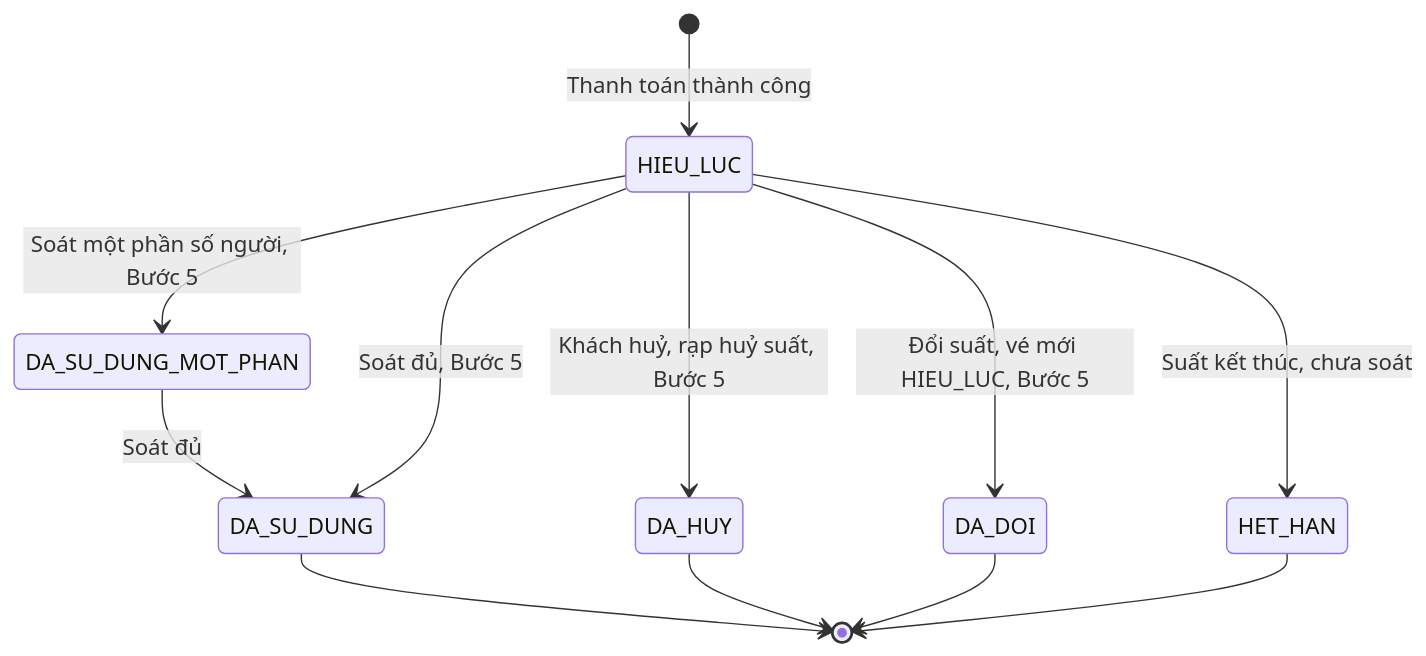
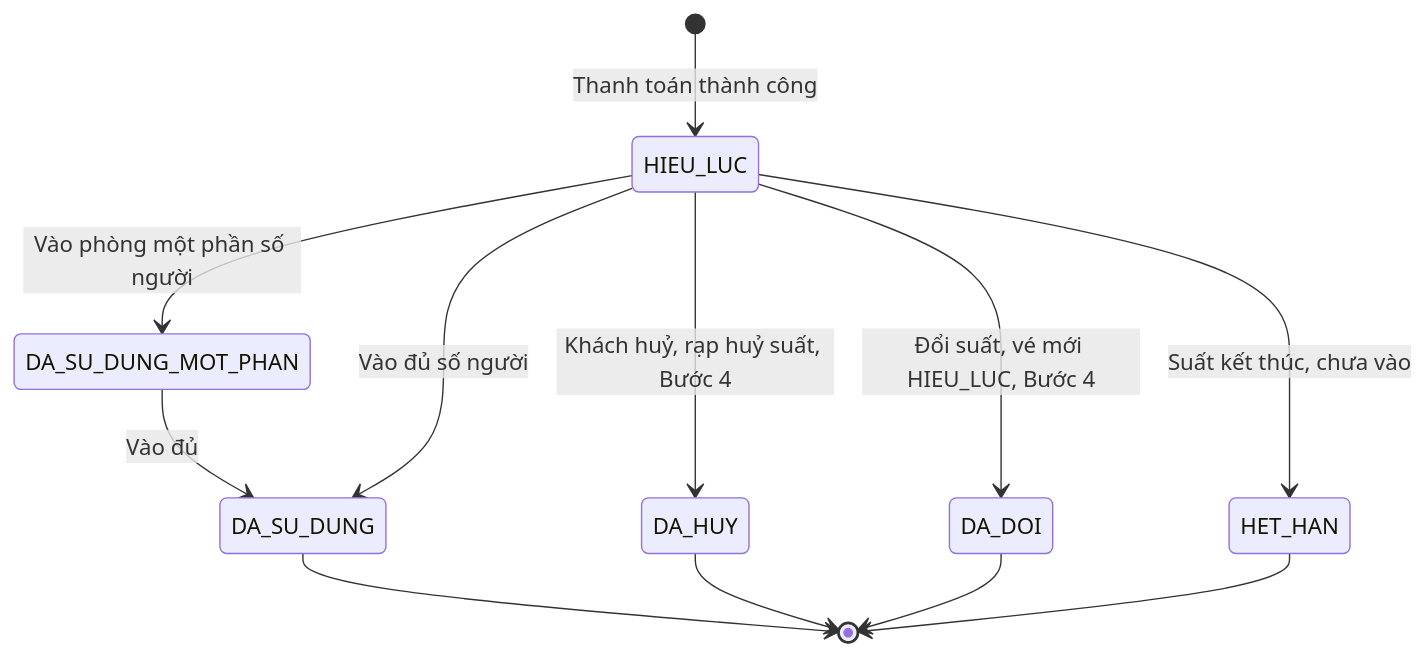
Before and after one commit to uxfoundation-vn/de08-dat-ve-xem-phim: the fifth of 15 diagrams in docs/SRS.md, drawn with Mermaid. The commit also changed other lines of this file and 2 other files, not shown here.

First line of the commit message:
Đề 8: chỉ giữ luồng của khách

````diff
--- a/docs/SRS.md
+++ b/docs/SRS.md
@@ -228,14 +176,14 @@
 ```mermaid
 stateDiagram-v2
   [*] --> HIEU_LUC : Thanh toán thành công
-  HIEU_LUC --> DA_SU_DUNG_MOT_PHAN : Soát một phần số người, Bước 5
-  DA_SU_DUNG_MOT_PHAN --> DA_SU_DUNG : Soát đủ
-  HIEU_LUC --> DA_SU_DUNG : Soát đủ, Bước 5
-  HIEU_LUC --> DA_HUY : Khách huỷ, rạp huỷ suất, Bước 5
-  HIEU_LUC --> DA_DOI : Đổi suất, vé mới HIEU_LUC, Bước 5
-  HIEU_LUC --> HET_HAN : Suất kết thúc, chưa soát
+  HIEU_LUC --> DA_SU_DUNG_MOT_PHAN : Vào phòng một phần số người
+  DA_SU_DUNG_MOT_PHAN --> DA_SU_DUNG : Vào đủ
+  HIEU_LUC --> DA_SU_DUNG : Vào đủ số người
+  HIEU_LUC --> DA_HUY : Khách huỷ, rạp huỷ suất, Bước 4
+  HIEU_LUC --> DA_DOI : Đổi suất, vé mới HIEU_LUC, Bước 4
+  HIEU_LUC --> HET_HAN : Suất kết thúc, chưa vào
   DA_SU_DUNG --> [*]
   DA_HUY --> [*]
   DA_DOI --> [*]
   HET_HAN --> [*]
 ```
````
